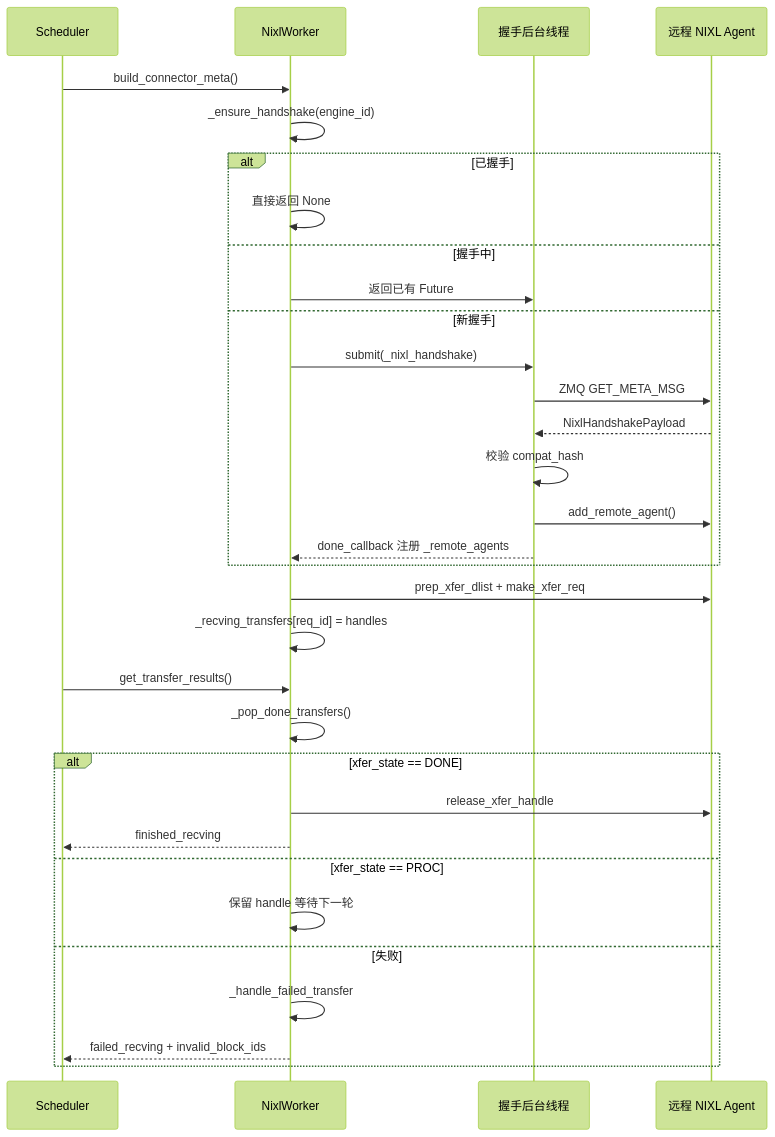
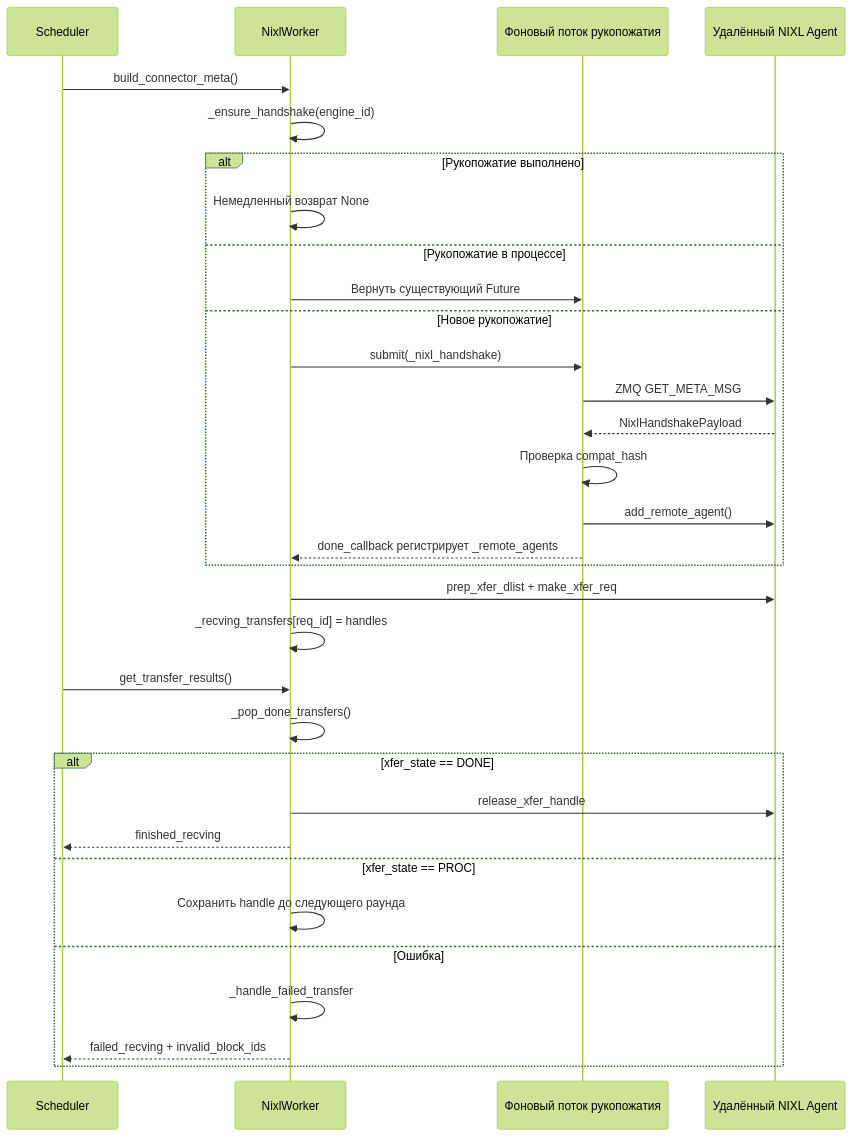
The diagram in books/vllm/ru/09-speculative-decoding-implementation.md (maleRjc/AiReadCodeBooks), drawn with Mermaid (forest theme) before and after one commit. The commit also changed other lines of this file and 74 other files, not shown here.

````diff
--- a/books/vllm/ru/09-speculative-decoding-implementation.md
+++ b/books/vllm/ru/09-speculative-decoding-implementation.md
@@ -408,35 +408,35 @@
 ```mermaid
 sequenceDiagram
     participant Sched as Scheduler
     participant Worker as NixlWorker
-    participant BgThread as 握手后台线程
-    participant Remote as 远程 NIXL Agent
+    participant BgThread as Фоновый поток рукопожатия
+    participant Remote as Удалённый NIXL Agent
 
     Sched->>Worker: build_connector_meta()
     Worker->>Worker: _ensure_handshake(engine_id)
-    alt 已握手
-        Worker->>Worker: 直接返回 None
-    else 握手中
-        Worker->>BgThread: 返回已有 Future
-    else 新握手
+    alt Рукопожатие выполнено
+        Worker->>Worker: Немедленный возврат None
+    else Рукопожатие в процессе
+        Worker->>BgThread: Вернуть существующий Future
+    else Новое рукопожатие
         Worker->>BgThread: submit(_nixl_handshake)
         BgThread->>Remote: ZMQ GET_META_MSG
         Remote-->>BgThread: NixlHandshakePayload
-        BgThread->>BgThread: 校验 compat_hash
+        BgThread->>BgThread: Проверка compat_hash
         BgThread->>Remote: add_remote_agent()
-        BgThread-->>Worker: done_callback 注册 _remote_agents
+        BgThread-->>Worker: done_callback регистрирует _remote_agents
     end
     Worker->>Remote: prep_xfer_dlist + make_xfer_req
     Worker->>Worker: _recving_transfers[req_id] = handles
     Sched->>Worker: get_transfer_results()
     Worker->>Worker: _pop_done_transfers()
     alt xfer_state == DONE
         Worker->>Remote: release_xfer_handle
         Worker-->>Sched: finished_recving
     else xfer_state == PROC
-        Worker->>Worker: 保留 handle 等待下一轮
-    else 失败
+        Worker->>Worker: Сохранить handle до следующего раунда
+    else Ошибка
         Worker->>Worker: _handle_failed_transfer
         Worker-->>Sched: failed_recving + invalid_block_ids
     end
 ```
````
